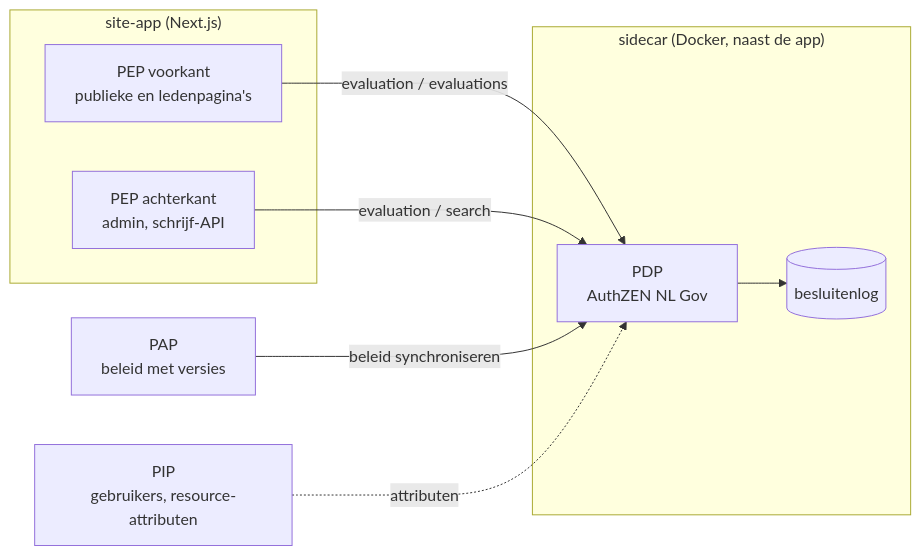
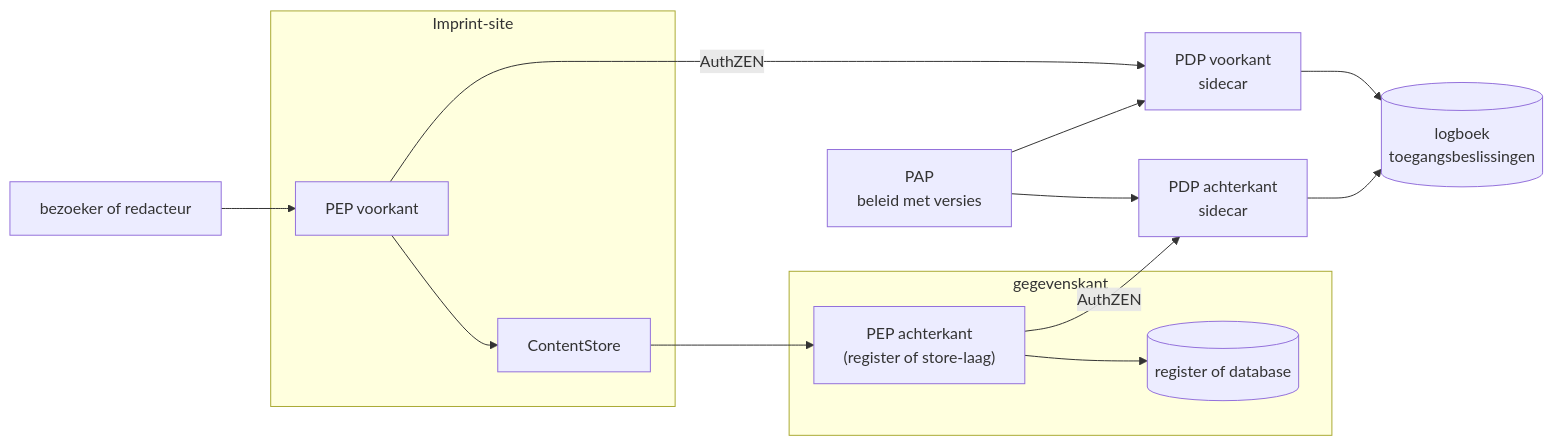
The second of 3 diagrams in docs/design/fase-3-admin-toegang-tijdreizen.md (MarkWestbroek/imprint-engine), drawn with Mermaid before and after one commit. The commit also changed other lines of this file and 4 other files, not shown here.

````diff
--- a/docs/design/fase-3-admin-toegang-tijdreizen.md
+++ b/docs/design/fase-3-admin-toegang-tijdreizen.md
@@ -77,19 +201,25 @@
 ```mermaid
 flowchart LR
-    subgraph app["site-app (Next.js)"]
-        PEPF["PEP voorkant<br/>publieke en ledenpagina's"]
-        PEPB["PEP achterkant<br/>admin, schrijf-API"]
+    B["bezoeker of redacteur"] --> PEPF
+    subgraph site["Imprint-site"]
+        PEPF["PEP voorkant"]
+        STORE["ContentStore"]
     end
-    subgraph sidecar["sidecar (Docker, naast de app)"]
-        PDP["PDP<br/>AuthZEN NL Gov"]
-        ADL[("besluitenlog")]
+    subgraph data["gegevenskant"]
+        PEPB["PEP achterkant<br/>(register of store-laag)"]
+        DB[("register of database")]
     end
+    PDPF["PDP voorkant<br/>sidecar"]
+    PDPB["PDP achterkant<br/>sidecar"]
     PAP["PAP<br/>beleid met versies"]
-    PIP["PIP<br/>gebruikers, resource-attributen"]
+    LOG[("logboek<br/>toegangsbeslissingen")]
 
-    PEPF -- "evaluation / evaluations" --> PDP
-    PEPB -- "evaluation / search" --> PDP
-    PDP --> ADL
-    PAP -- "beleid synchroniseren" --> PDP
-    PIP -. attributen .-> PDP
+    PEPF -- AuthZEN --> PDPF
+    PEPF --> STORE --> PEPB
+    PEPB -- AuthZEN --> PDPB
+    PEPB --> DB
+    PAP --> PDPF
+    PAP --> PDPB
+    PDPF --> LOG
+    PDPB --> LOG
 ```
````
